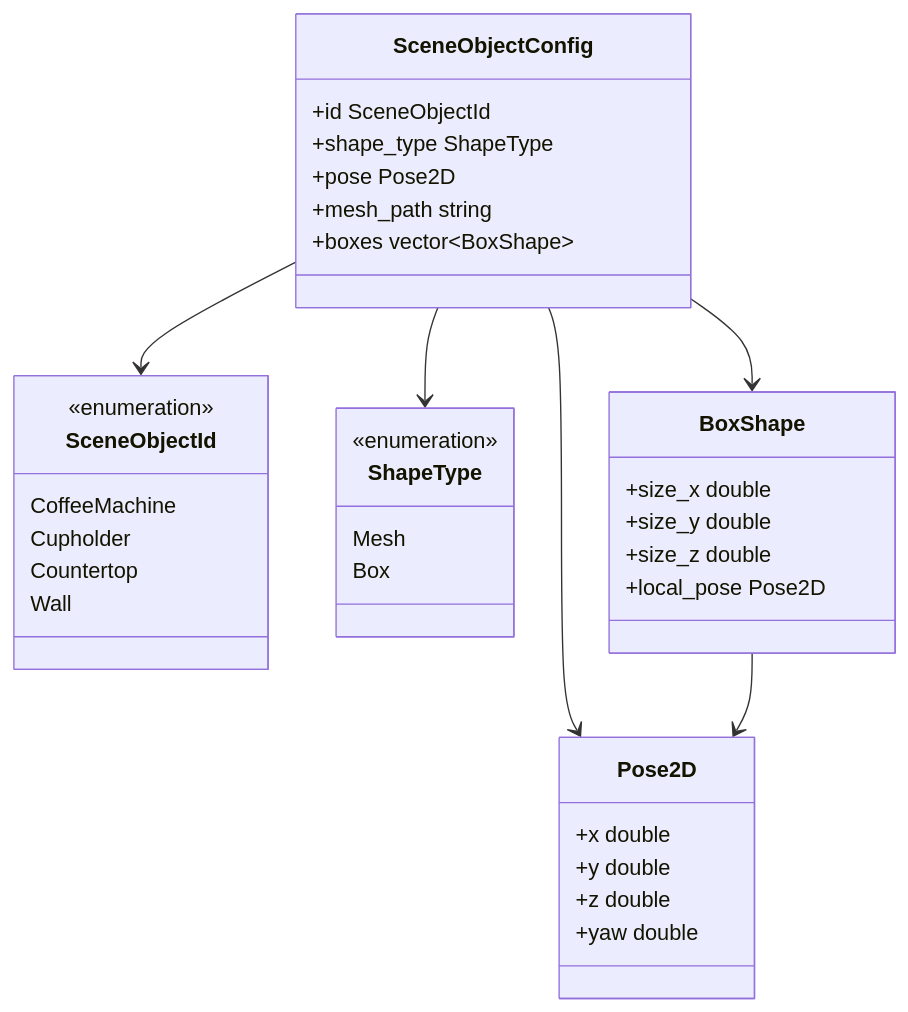
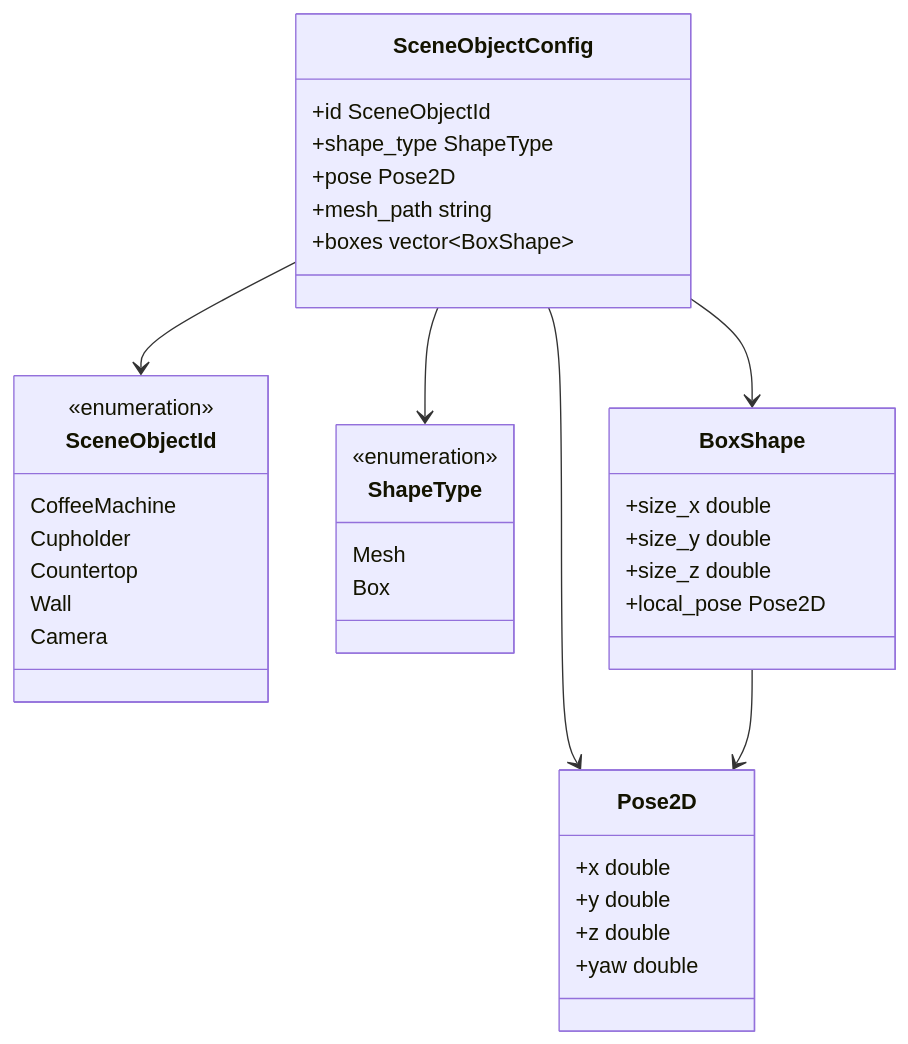
Before and after one commit to tesarect/aruco_visual_calibration: the second of 6 diagrams in resources/docs/class_docs/visual_calibration_moveit.md, drawn with Mermaid. The commit also changed other lines of this file and 109 other files, not shown here.

````diff
--- a/resources/docs/class_docs/visual_calibration_moveit.md
+++ b/resources/docs/class_docs/visual_calibration_moveit.md
@@ -56,39 +61,40 @@
 ```mermaid
 classDiagram
     class SceneObjectId {
         <<enumeration>>
         CoffeeMachine
         Cupholder
         Countertop
         Wall
+        Camera
     }
     class ShapeType {
         <<enumeration>>
         Mesh
         Box
     }
     class Pose2D {
         +x double
         +y double
         +z double
         +yaw double
     }
     class BoxShape {
         +size_x double
         +size_y double
         +size_z double
         +local_pose Pose2D
     }
     class SceneObjectConfig {
         +id SceneObjectId
         +shape_type ShapeType
         +pose Pose2D
         +mesh_path string
         +boxes vector~BoxShape~
     }
     SceneObjectConfig --> SceneObjectId
     SceneObjectConfig --> ShapeType
     SceneObjectConfig --> Pose2D
     SceneObjectConfig --> BoxShape
     BoxShape --> Pose2D
 ```
````
